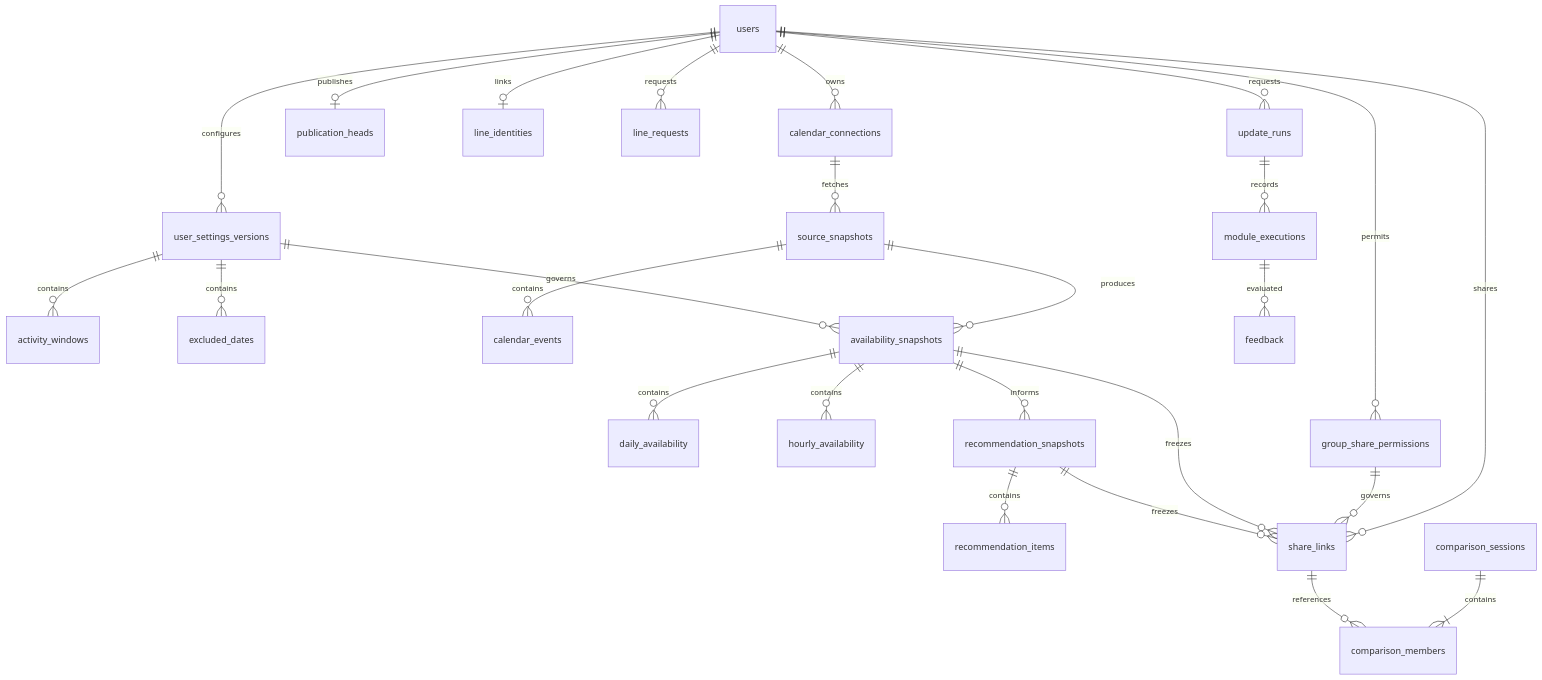
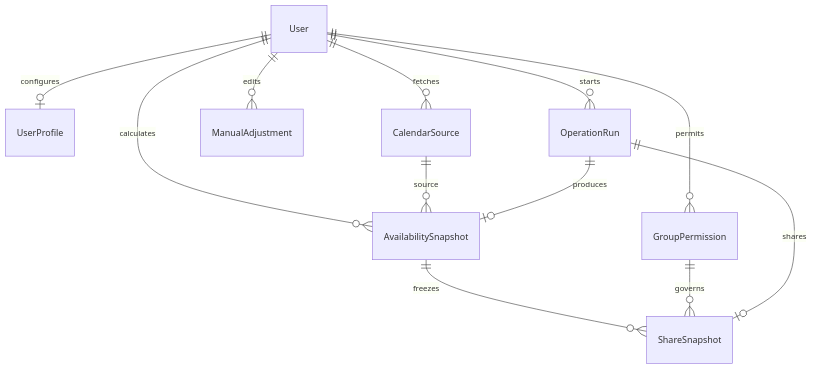
Before and after one commit to jphacks/sd_2602: the diagram in docs/schedule-state-and-schema.md, drawn with Mermaid. The commit also changed other lines of this file and 34 other files, not shown here.

````diff
--- a/docs/schedule-state-and-schema.md
+++ b/docs/schedule-state-and-schema.md
@@ -119,28 +48,14 @@
-```mermaid
+~~~mermaid
 erDiagram
-  users ||--o{ calendar_connections : owns
-  users ||--o{ user_settings_versions : configures
-  user_settings_versions ||--o{ activity_windows : contains
-  user_settings_versions ||--o{ excluded_dates : contains
-  calendar_connections ||--o{ source_snapshots : fetches
-  source_snapshots ||--o{ calendar_events : contains
-  source_snapshots ||--o{ availability_snapshots : produces
-  user_settings_versions ||--o{ availability_snapshots : governs
-  availability_snapshots ||--o{ daily_availability : contains
-  availability_snapshots ||--o{ hourly_availability : contains
-  availability_snapshots ||--o{ recommendation_snapshots : informs
-  recommendation_snapshots ||--o{ recommendation_items : contains
-  users ||--o| publication_heads : publishes
-  users ||--o{ share_links : shares
-  users ||--o| line_identities : links
-  users ||--o{ group_share_permissions : permits
-  group_share_permissions ||--o{ share_links : governs
-  availability_snapshots ||--o{ share_links : freezes
-  recommendation_snapshots ||--o{ share_links : freezes
-  users ||--o{ line_requests : requests
-  users ||--o{ update_runs : requests
-  update_runs ||--o{ module_executions : records
-  module_executions ||--o{ feedback : evaluated
-  comparison_sessions ||--|{ comparison_members : contains
-  share_links ||--o{ comparison_members : references
-```
+  User ||--o| UserProfile : configures
+  User ||--o{ CalendarSource : fetches
+  User ||--o{ ManualAdjustment : edits
+  User ||--o{ AvailabilitySnapshot : calculates
+  User ||--o{ GroupPermission : permits
+  User ||--o{ OperationRun : starts
+  CalendarSource ||--o{ AvailabilitySnapshot : source
+  AvailabilitySnapshot ||--o{ ShareSnapshot : freezes
+  GroupPermission ||--o{ ShareSnapshot : governs
+  OperationRun ||--o| AvailabilitySnapshot : produces
+  OperationRun ||--o| ShareSnapshot : shares
+~~~
````
